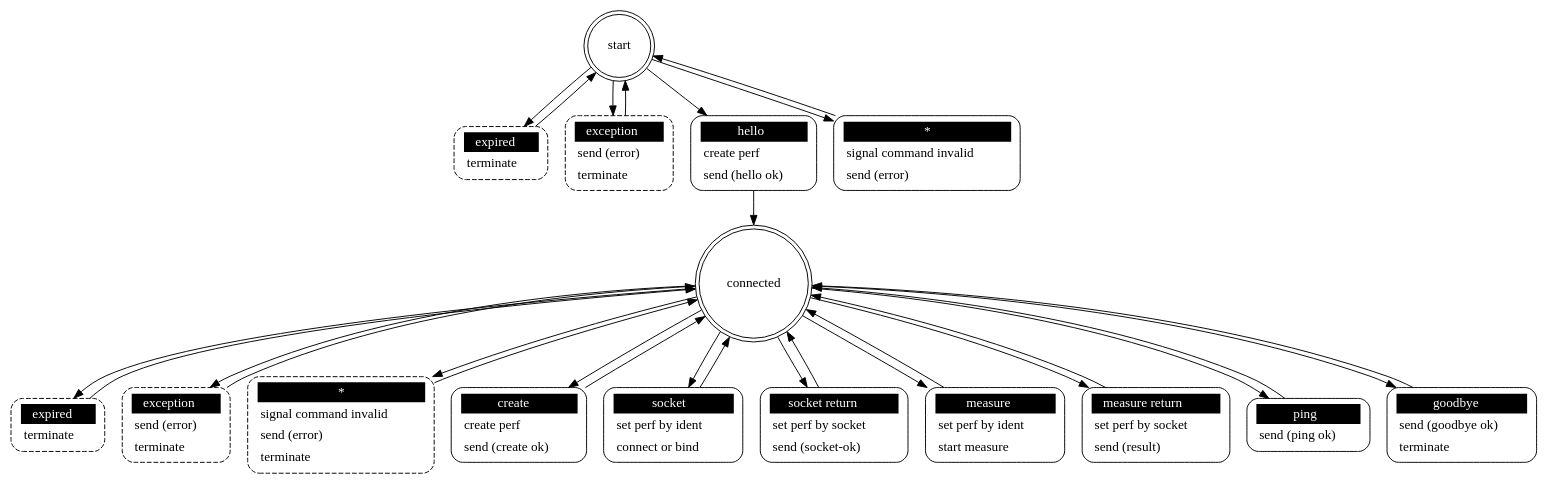
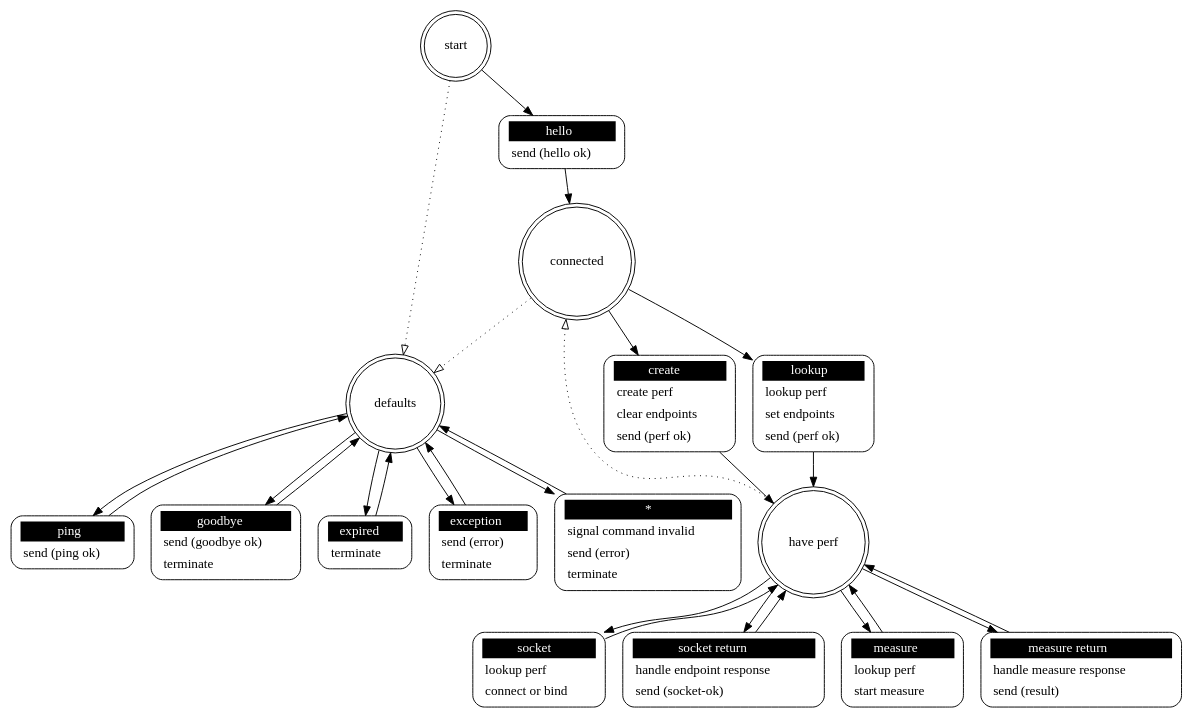
The diagram in src/zperf_server.dot (brettviren/zperfmq), drawn with Graphviz before and after one commit. The commit also changed 8 other files, not shown here.

```diff
--- a/src/zperf_server.dot
+++ b/src/zperf_server.dot
@@ -1,49 +1,50 @@
 ## Automatically generated from zperf_server.xml by gsl
 digraph "zperf_server" {
+ "start" -> "defaults" [style=dotted,arrowhead=empty]
+ "have perf" -> "connected" [style=dotted,arrowhead=empty]
+ "connected" -> "defaults" [style=dotted,arrowhead=empty]
 
  "start" [shape = "doublecircle"];
- "start expired" [shape = "Mrecord" style = dashed label = <<table border="0" cellborder="0" cellpadding="3" bgcolor="white"><tr><td bgcolor="black" align="center" colspan="2"><font color="white">expired</font></td></tr><tr><td align="left" port="r3">terminate</td></tr></table>>];
- "start" -> "start expired";
- "start expired" -> "start";
- "start exception" [shape = "Mrecord" style = dashed label = <<table border="0" cellborder="0" cellpadding="3" bgcolor="white"><tr><td bgcolor="black" align="center" colspan="2"><font color="white">exception</font></td></tr><tr><td align="left" port="r3">send (error)</td></tr><tr><td align="left" port="r3">terminate</td></tr></table>>];
- "start" -> "start exception";
- "start exception" -> "start";
- "start hello" [shape = "Mrecord" style = solid label = <<table border="0" cellborder="0" cellpadding="3" bgcolor="white"><tr><td bgcolor="black" align="center" colspan="2"><font color="white">hello</font></td></tr><tr><td align="left" port="r3">create perf</td></tr><tr><td align="left" port="r3">send (hello ok)</td></tr></table>>];
+ "start hello" [shape = "Mrecord" style = solid label = <<table border="0" cellborder="0" cellpadding="3" bgcolor="white"><tr><td bgcolor="black" align="center" colspan="2"><font color="white">hello</font></td></tr><tr><td align="left" port="r3">send (hello ok)</td></tr></table>>];
  "start" -> "start hello";
  "start hello" -> "connected";
- "start *" [shape = "Mrecord" style = solid label = <<table border="0" cellborder="0" cellpadding="3" bgcolor="white"><tr><td bgcolor="black" align="center" colspan="2"><font color="white">*</font></td></tr><tr><td align="left" port="r3">signal command invalid</td></tr><tr><td align="left" port="r3">send (error)</td></tr></table>>];
- "start" -> "start *";
- "start *" -> "start";
+
+ "have perf" [shape = "doublecircle"];
+ "have perf socket" [shape = "Mrecord" style = solid label = <<table border="0" cellborder="0" cellpadding="3" bgcolor="white"><tr><td bgcolor="black" align="center" colspan="2"><font color="white">socket</font></td></tr><tr><td align="left" port="r3">lookup perf</td></tr><tr><td align="left" port="r3">connect or bind</td></tr></table>>];
+ "have perf" -> "have perf socket";
+ "have perf socket" -> "have perf";
+ "have perf socket return" [shape = "Mrecord" style = solid label = <<table border="0" cellborder="0" cellpadding="3" bgcolor="white"><tr><td bgcolor="black" align="center" colspan="2"><font color="white">socket return</font></td></tr><tr><td align="left" port="r3">handle endpoint response</td></tr><tr><td align="left" port="r3">send (socket-ok)</td></tr></table>>];
+ "have perf" -> "have perf socket return";
+ "have perf socket return" -> "have perf";
+ "have perf measure" [shape = "Mrecord" style = solid label = <<table border="0" cellborder="0" cellpadding="3" bgcolor="white"><tr><td bgcolor="black" align="center" colspan="2"><font color="white">measure</font></td></tr><tr><td align="left" port="r3">lookup perf</td></tr><tr><td align="left" port="r3">start measure</td></tr></table>>];
+ "have perf" -> "have perf measure";
+ "have perf measure" -> "have perf";
+ "have perf measure return" [shape = "Mrecord" style = solid label = <<table border="0" cellborder="0" cellpadding="3" bgcolor="white"><tr><td bgcolor="black" align="center" colspan="2"><font color="white">measure return</font></td></tr><tr><td align="left" port="r3">handle measure response</td></tr><tr><td align="left" port="r3">send (result)</td></tr></table>>];
+ "have perf" -> "have perf measure return";
+ "have perf measure return" -> "have perf";
 
  "connected" [shape = "doublecircle"];
- "connected expired" [shape = "Mrecord" style = dashed label = <<table border="0" cellborder="0" cellpadding="3" bgcolor="white"><tr><td bgcolor="black" align="center" colspan="2"><font color="white">expired</font></td></tr><tr><td align="left" port="r3">terminate</td></tr></table>>];
- "connected" -> "connected expired";
- "connected expired" -> "connected";
- "connected exception" [shape = "Mrecord" style = dashed label = <<table border="0" cellborder="0" cellpadding="3" bgcolor="white"><tr><td bgcolor="black" align="center" colspan="2"><font color="white">exception</font></td></tr><tr><td align="left" port="r3">send (error)</td></tr><tr><td align="left" port="r3">terminate</td></tr></table>>];
- "connected" -> "connected exception";
- "connected exception" -> "connected";
- "connected *" [shape = "Mrecord" style = dashed label = <<table border="0" cellborder="0" cellpadding="3" bgcolor="white"><tr><td bgcolor="black" align="center" colspan="2"><font color="white">*</font></td></tr><tr><td align="left" port="r3">signal command invalid</td></tr><tr><td align="left" port="r3">send (error)</td></tr><tr><td align="left" port="r3">terminate</td></tr></table>>];
- "connected" -> "connected *";
- "connected *" -> "connected";
- "connected create" [shape = "Mrecord" style = solid label = <<table border="0" cellborder="0" cellpadding="3" bgcolor="white"><tr><td bgcolor="black" align="center" colspan="2"><font color="white">create</font></td></tr><tr><td align="left" port="r3">create perf</td></tr><tr><td align="left" port="r3">send (create ok)</td></tr></table>>];
+ "connected create" [shape = "Mrecord" style = solid label = <<table border="0" cellborder="0" cellpadding="3" bgcolor="white"><tr><td bgcolor="black" align="center" colspan="2"><font color="white">create</font></td></tr><tr><td align="left" port="r3">create perf</td></tr><tr><td align="left" port="r3">clear endpoints</td></tr><tr><td align="left" port="r3">send (perf ok)</td></tr></table>>];
  "connected" -> "connected create";
- "connected create" -> "connected";
- "connected socket" [shape = "Mrecord" style = solid label = <<table border="0" cellborder="0" cellpadding="3" bgcolor="white"><tr><td bgcolor="black" align="center" colspan="2"><font color="white">socket</font></td></tr><tr><td align="left" port="r3">set perf by ident</td></tr><tr><td align="left" port="r3">connect or bind</td></tr></table>>];
- "connected" -> "connected socket";
- "connected socket" -> "connected";
- "connected socket return" [shape = "Mrecord" style = solid label = <<table border="0" cellborder="0" cellpadding="3" bgcolor="white"><tr><td bgcolor="black" align="center" colspan="2"><font color="white">socket return</font></td></tr><tr><td align="left" port="r3">set perf by socket</td></tr><tr><td align="left" port="r3">send (socket-ok)</td></tr></table>>];
- "connected" -> "connected socket return";
- "connected socket return" -> "connected";
- "connected measure" [shape = "Mrecord" style = solid label = <<table border="0" cellborder="0" cellpadding="3" bgcolor="white"><tr><td bgcolor="black" align="center" colspan="2"><font color="white">measure</font></td></tr><tr><td align="left" port="r3">set perf by ident</td></tr><tr><td align="left" port="r3">start measure</td></tr></table>>];
- "connected" -> "connected measure";
- "connected measure" -> "connected";
- "connected measure return" [shape = "Mrecord" style = solid label = <<table border="0" cellborder="0" cellpadding="3" bgcolor="white"><tr><td bgcolor="black" align="center" colspan="2"><font color="white">measure return</font></td></tr><tr><td align="left" port="r3">set perf by socket</td></tr><tr><td align="left" port="r3">send (result)</td></tr></table>>];
- "connected" -> "connected measure return";
- "connected measure return" -> "connected";
- "connected ping" [shape = "Mrecord" style = solid label = <<table border="0" cellborder="0" cellpadding="3" bgcolor="white"><tr><td bgcolor="black" align="center" colspan="2"><font color="white">ping</font></td></tr><tr><td align="left" port="r3">send (ping ok)</td></tr></table>>];
- "connected" -> "connected ping";
- "connected ping" -> "connected";
- "connected goodbye" [shape = "Mrecord" style = solid label = <<table border="0" cellborder="0" cellpadding="3" bgcolor="white"><tr><td bgcolor="black" align="center" colspan="2"><font color="white">goodbye</font></td></tr><tr><td align="left" port="r3">send (goodbye ok)</td></tr><tr><td align="left" port="r3">terminate</td></tr></table>>];
- "connected" -> "connected goodbye";
- "connected goodbye" -> "connected";
+ "connected create" -> "have perf";
+ "connected lookup" [shape = "Mrecord" style = solid label = <<table border="0" cellborder="0" cellpadding="3" bgcolor="white"><tr><td bgcolor="black" align="center" colspan="2"><font color="white">lookup</font></td></tr><tr><td align="left" port="r3">lookup perf</td></tr><tr><td align="left" port="r3">set endpoints</td></tr><tr><td align="left" port="r3">send (perf ok)</td></tr></table>>];
+ "connected" -> "connected lookup";
+ "connected lookup" -> "have perf";
+
+ "defaults" [shape = "doublecircle"];
+ "defaults ping" [shape = "Mrecord" style = solid label = <<table border="0" cellborder="0" cellpadding="3" bgcolor="white"><tr><td bgcolor="black" align="center" colspan="2"><font color="white">ping</font></td></tr><tr><td align="left" port="r3">send (ping ok)</td></tr></table>>];
+ "defaults" -> "defaults ping";
+ "defaults ping" -> "defaults";
+ "defaults goodbye" [shape = "Mrecord" style = solid label = <<table border="0" cellborder="0" cellpadding="3" bgcolor="white"><tr><td bgcolor="black" align="center" colspan="2"><font color="white">goodbye</font></td></tr><tr><td align="left" port="r3">send (goodbye ok)</td></tr><tr><td align="left" port="r3">terminate</td></tr></table>>];
+ "defaults" -> "defaults goodbye";
+ "defaults goodbye" -> "defaults";
+ "defaults expired" [shape = "Mrecord" style = solid label = <<table border="0" cellborder="0" cellpadding="3" bgcolor="white"><tr><td bgcolor="black" align="center" colspan="2"><font color="white">expired</font></td></tr><tr><td align="left" port="r3">terminate</td></tr></table>>];
+ "defaults" -> "defaults expired";
+ "defaults expired" -> "defaults";
+ "defaults exception" [shape = "Mrecord" style = solid label = <<table border="0" cellborder="0" cellpadding="3" bgcolor="white"><tr><td bgcolor="black" align="center" colspan="2"><font color="white">exception</font></td></tr><tr><td align="left" port="r3">send (error)</td></tr><tr><td align="left" port="r3">terminate</td></tr></table>>];
+ "defaults" -> "defaults exception";
+ "defaults exception" -> "defaults";
+ "defaults *" [shape = "Mrecord" style = solid label = <<table border="0" cellborder="0" cellpadding="3" bgcolor="white"><tr><td bgcolor="black" align="center" colspan="2"><font color="white">*</font></td></tr><tr><td align="left" port="r3">signal command invalid</td></tr><tr><td align="left" port="r3">send (error)</td></tr><tr><td align="left" port="r3">terminate</td></tr></table>>];
+ "defaults" -> "defaults *";
+ "defaults *" -> "defaults";
 }
```
